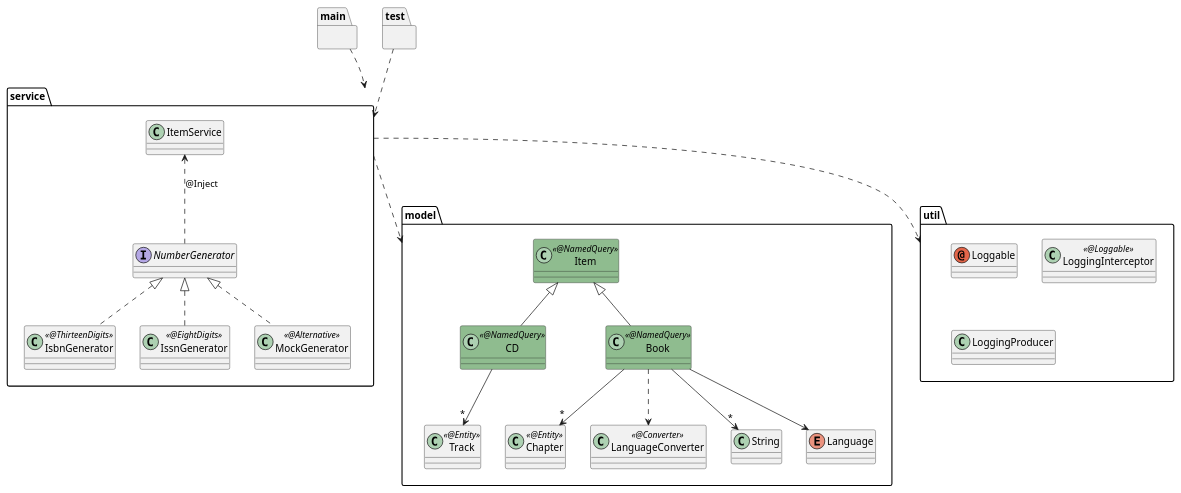
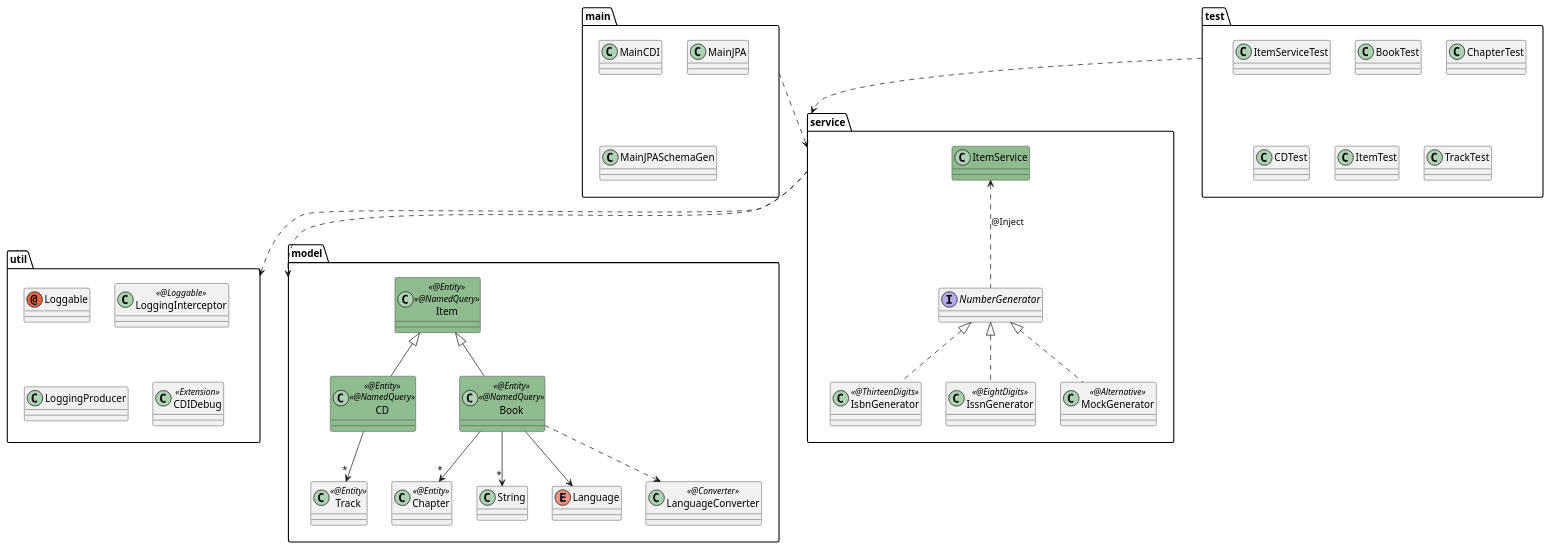
One commit to agoncal/agoncal-training-javaee7 changed the diagram in 07-JPA/demo07.puml. Above: the diagram before and after it, drawn with PlantUML. The commit also changed 16 other files, not shown here.

Commit message:
Updading UML schemas

```diff
--- a/07-JPA/demo07.puml
+++ b/07-JPA/demo07.puml
@@ -1,51 +1,61 @@
 @startuml
 
 package "main" {
+    class MainCDI
+    class MainJPA
+    class MainJPASchemaGen
 }
 package "test" {
+    class ItemServiceTest
+    class BookTest
+    class ChapterTest
+    class CDTest 
+    class ItemTest
+    class TrackTest
 }
 
 package "service" {
     interface NumberGenerator
     class IsbnGenerator << @ThirteenDigits >>
     class IssnGenerator << @EightDigits >>
     class MockGenerator << @Alternative >>
-    class ItemService
+    class ItemService #8FBC8F
 
     ItemService <.. NumberGenerator : @Inject
     NumberGenerator <|.. IsbnGenerator
     NumberGenerator <|.. IssnGenerator
     NumberGenerator <|.. MockGenerator
 }
 
 package "model" {
-    class Item << @NamedQuery >> #8FBC8F
-    class CD << @NamedQuery >> #8FBC8F
+    class Item << @Entity >> << @NamedQuery >> #8FBC8F
+    class CD << @Entity >> << @NamedQuery >> #8FBC8F
     class Track << @Entity >>
     class Chapter << @Entity >>
-    class LanguageConverter << @Converter >>
-    class Book << @NamedQuery >>  #8FBC8F
+    class Book << @Entity >> << @NamedQuery >>  #8FBC8F
     class String
     enum Language
+    class LanguageConverter << @Converter >>
 
     Item <|-- CD
     Item <|-- Book
     CD --> "*" Track
     Book --> "*" String
     Book --> "*" Chapter
     Book --> Language
     Book ..> LanguageConverter
 }
 
 package "util" {
     annotation Loggable
     class LoggingInterceptor << @Loggable >>
     class LoggingProducer
+    class CDIDebug << Extension >>
 }
 
 main ..> service
 test ..> service
 service ..> model
 service ..> util
 
 @enduml
```
